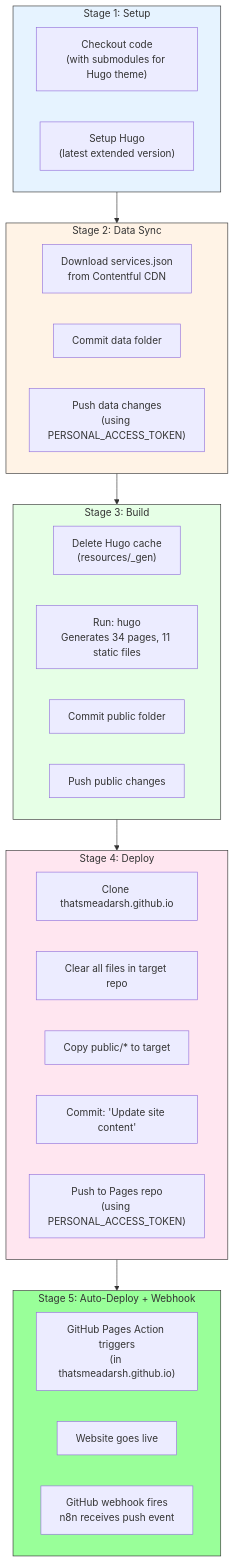
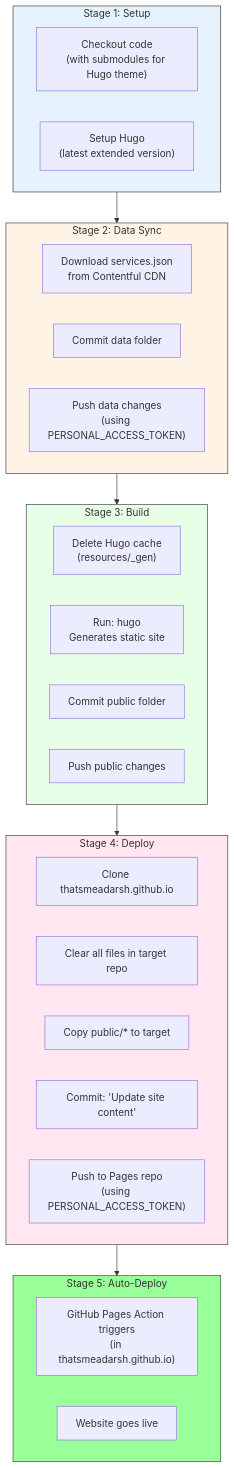
The second of 4 diagrams in docs/workflow-documentation.md (thatsmeadarsh/n8n-powered-auto-web-publish), drawn with Mermaid before and after one commit. The commit also changed other lines of this file and 4 other files, not shown here.

````diff
--- a/docs/workflow-documentation.md
+++ b/docs/workflow-documentation.md
@@ -35,42 +35,41 @@
 ```mermaid
 graph TD
     subgraph Stage1["Stage 1: Setup"]
         CO["Checkout code<br/>(with submodules for Hugo theme)"]
         HS["Setup Hugo<br/>(latest extended version)"]
     end
 
     subgraph Stage2["Stage 2: Data Sync"]
         DL["Download services.json<br/>from Contentful CDN"]
         CD["Commit data folder"]
         PD["Push data changes<br/>(using PERSONAL_ACCESS_TOKEN)"]
     end
 
     subgraph Stage3["Stage 3: Build"]
         RC["Delete Hugo cache<br/>(resources/_gen)"]
-        HB["Run: hugo<br/>Generates 34 pages, 11 static files"]
+        HB["Run: hugo<br/>Generates static site"]
         CP["Commit public folder"]
         PP["Push public changes"]
     end
 
     subgraph Stage4["Stage 4: Deploy"]
         CL["Clone thatsmeadarsh.github.io"]
         RM["Clear all files in target repo"]
         CY["Copy public/* to target"]
         CM["Commit: 'Update site content'"]
         PS["Push to Pages repo<br/>(using PERSONAL_ACCESS_TOKEN)"]
     end
 
-    subgraph Stage5["Stage 5: Auto-Deploy + Webhook"]
+    subgraph Stage5["Stage 5: Auto-Deploy"]
         PA["GitHub Pages Action triggers<br/>(in thatsmeadarsh.github.io)"]
         WB["Website goes live"]
-        WH["GitHub webhook fires<br/>n8n receives push event"]
     end
 
     Stage1 --> Stage2 --> Stage3 --> Stage4 --> Stage5
 
     style Stage1 fill:#e6f3ff,stroke:#333
     style Stage2 fill:#fff3e6,stroke:#333
     style Stage3 fill:#e6ffe6,stroke:#333
     style Stage4 fill:#ffe6f0,stroke:#333
     style Stage5 fill:#99ff99,stroke:#333
 ```
````
